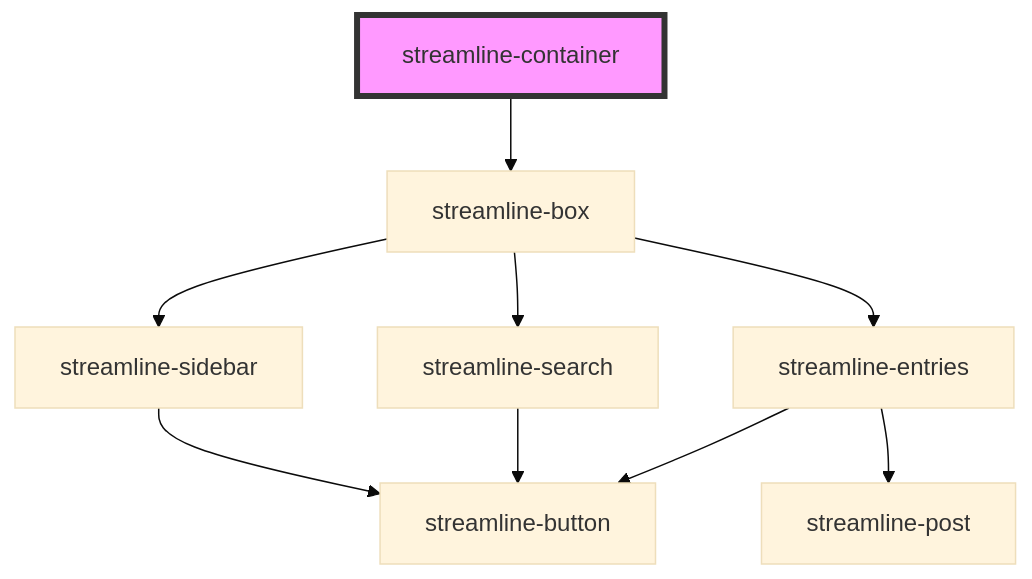
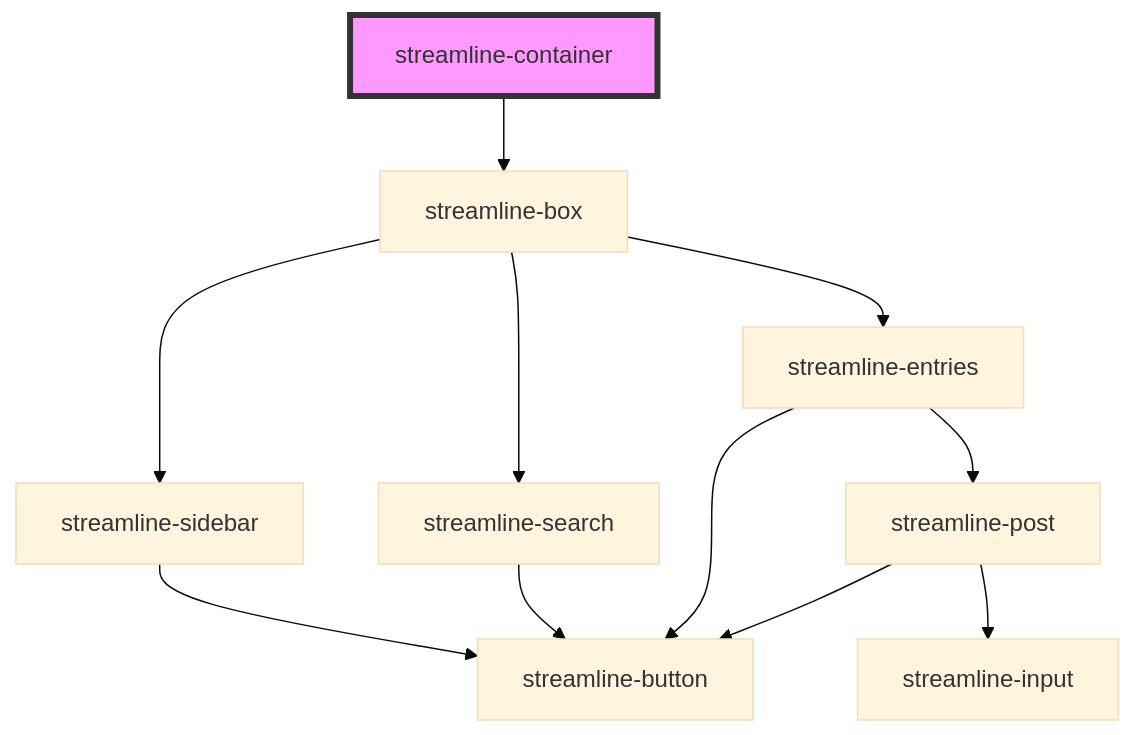
Before and after one commit to dnnsjsk/streamline: the diagram in stencil/src/components/streamline-container/readme.md, drawn with Mermaid (base theme). The commit also changed 44 other files, not shown here.

````diff
--- a/stencil/src/components/streamline-container/readme.md
+++ b/stencil/src/components/streamline-container/readme.md
@@ -44,12 +44,14 @@
 ```mermaid
 graph TD;
   streamline-container --> streamline-box
   streamline-box --> streamline-sidebar
   streamline-box --> streamline-search
   streamline-box --> streamline-entries
   streamline-sidebar --> streamline-button
   streamline-search --> streamline-button
   streamline-entries --> streamline-button
   streamline-entries --> streamline-post
+  streamline-post --> streamline-input
+  streamline-post --> streamline-button
   style streamline-container fill:#f9f,stroke:#333,stroke-width:4px
 ```
````
